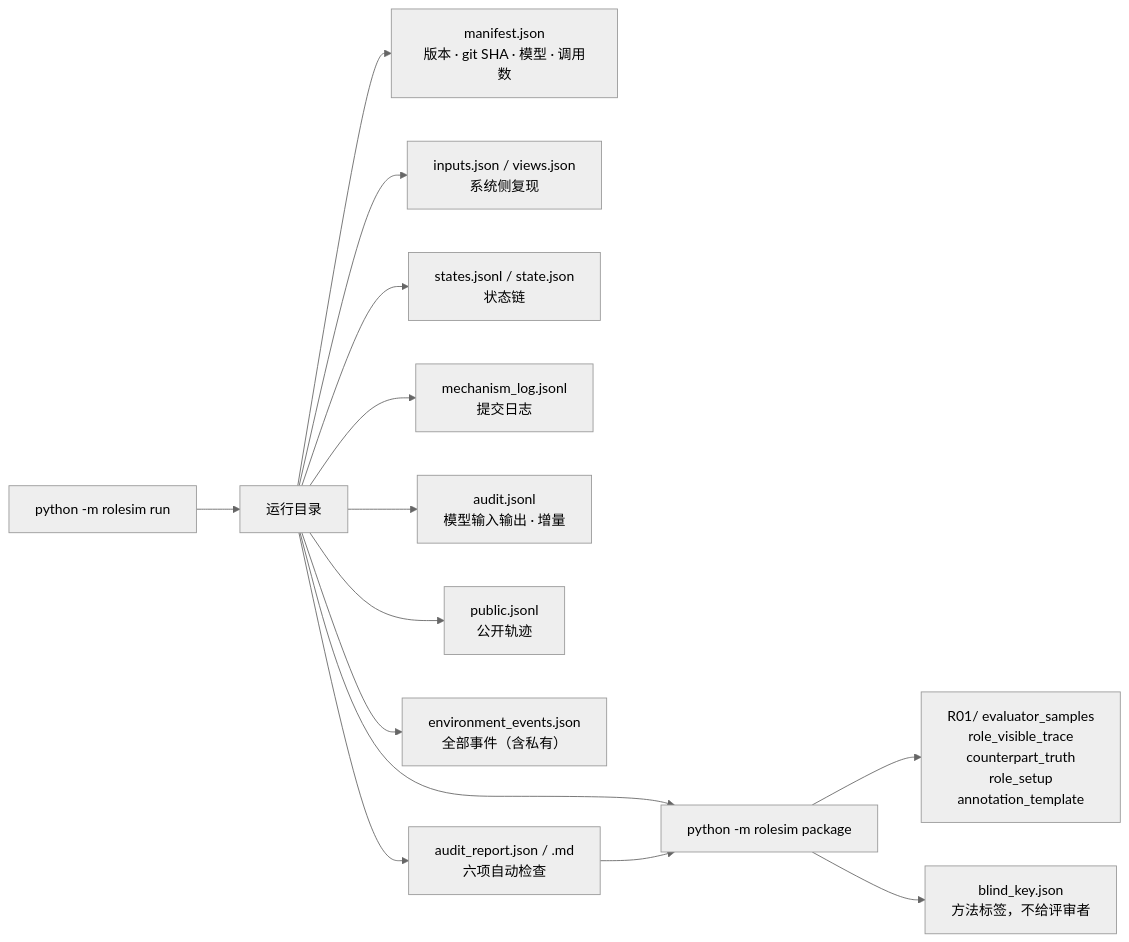
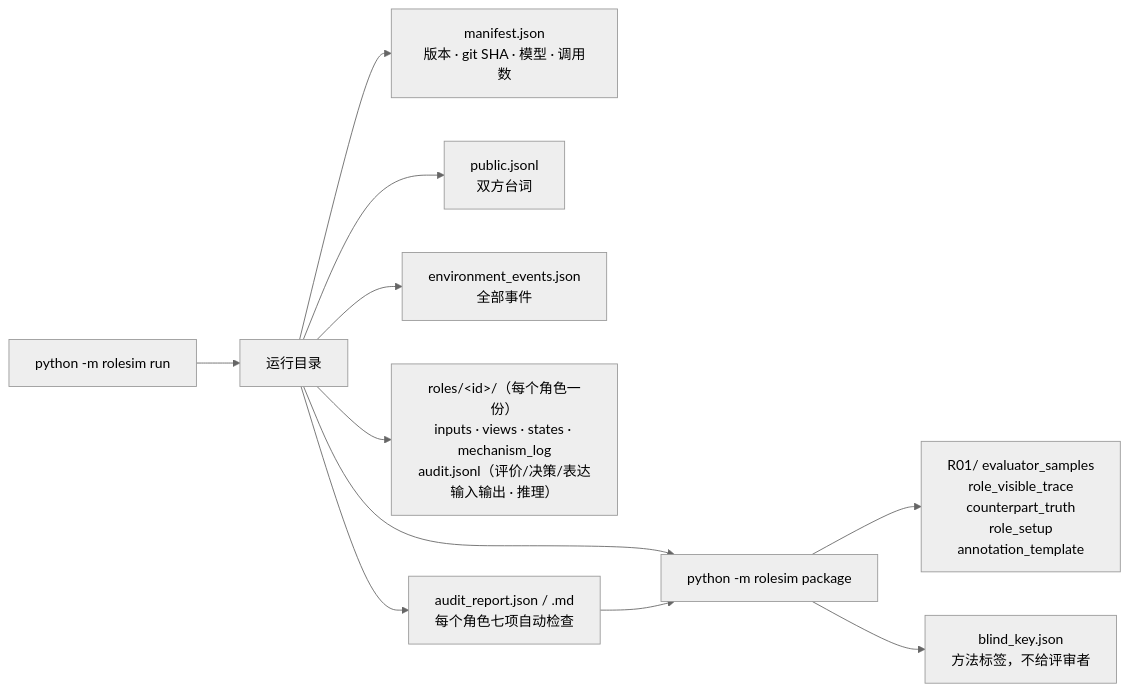
The fifth of 5 diagrams in docs/07-architecture.md (piersalei/RoleSimulationFramework), drawn with Mermaid (neutral theme) before and after one commit. The commit also changed other lines of this file and 27 other files, not shown here.

````diff
--- a/docs/07-architecture.md
+++ b/docs/07-architecture.md
@@ -220,16 +229,13 @@
 ```mermaid
 flowchart LR
   RUNX["python -m rolesim run"] --> D["运行目录"]
   D --> F1["manifest.json<br/>版本 · git SHA · 模型 · 调用数"]
-  D --> F2["inputs.json / views.json<br/>系统侧复现"]
-  D --> F3["states.jsonl / state.json<br/>状态链"]
-  D --> F4["mechanism_log.jsonl<br/>提交日志"]
-  D --> F5["audit.jsonl<br/>模型输入输出 · 增量"]
-  D --> F6["public.jsonl<br/>公开轨迹"]
-  D --> F7["environment_events.json<br/>全部事件（含私有）"]
-  D --> AR["audit_report.json / .md<br/>六项自动检查"]
+  D --> F6["public.jsonl<br/>双方台词"]
+  D --> F7["environment_events.json<br/>全部事件"]
+  D --> RD["roles/&lt;id&gt;/（每个角色一份）<br/>inputs · views · states · mechanism_log<br/>audit.jsonl（评价/决策/表达输入输出 · 推理）"]
+  D --> AR["audit_report.json / .md<br/>每个角色七项自动检查"]
   D --> PK["python -m rolesim package"]
   AR --> PK
   PK --> P1["R01/ evaluator_samples<br/>role_visible_trace<br/>counterpart_truth<br/>role_setup<br/>annotation_template"]
   PK --> P2["blind_key.json<br/>方法标签，不给评审者"]
 ```
````
